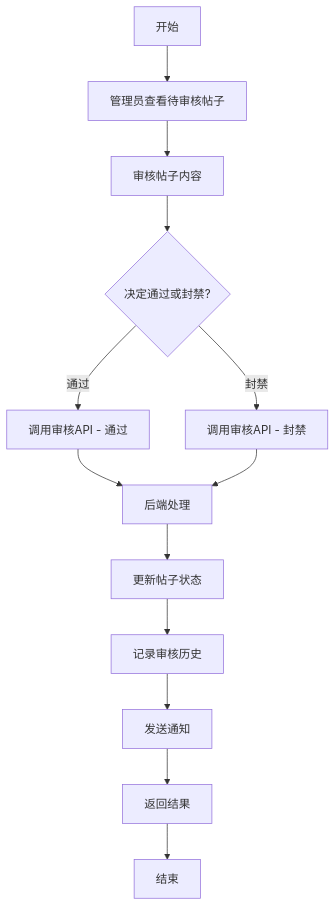
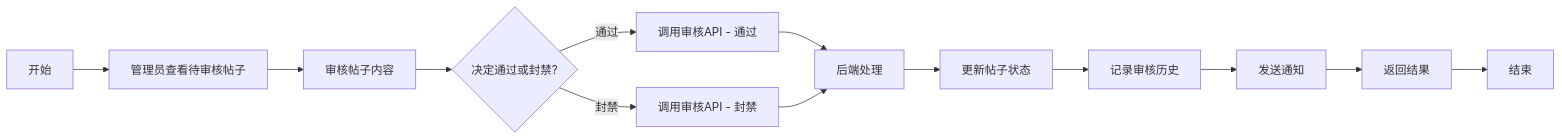
The eighth of 11 diagrams in report/report.md (57UU/southern_money), drawn with Mermaid before and after one commit. The commit also changed other lines of this file and 1 other file, not shown here.

First line of the commit message:
docs(report): update documentation with transaction details and diagrams

````diff
--- a/report/report.md
+++ b/report/report.md
@@ -868,15 +868,15 @@
 ```mermaid
-flowchart TD
+flowchart LR
     A[开始] --> B[管理员查看待审核帖子]
     B --> C[审核帖子内容]
     C --> D{决定通过或封禁?}
     D -->|通过| E[调用审核API - 通过]
     D -->|封禁| F[调用审核API - 封禁]
     E --> G[后端处理]
     F --> G
     G --> H[更新帖子状态]
     H --> I[记录审核历史]
     I --> J[发送通知]
     J --> K[返回结果]
     K --> L[结束]
 ```
````
